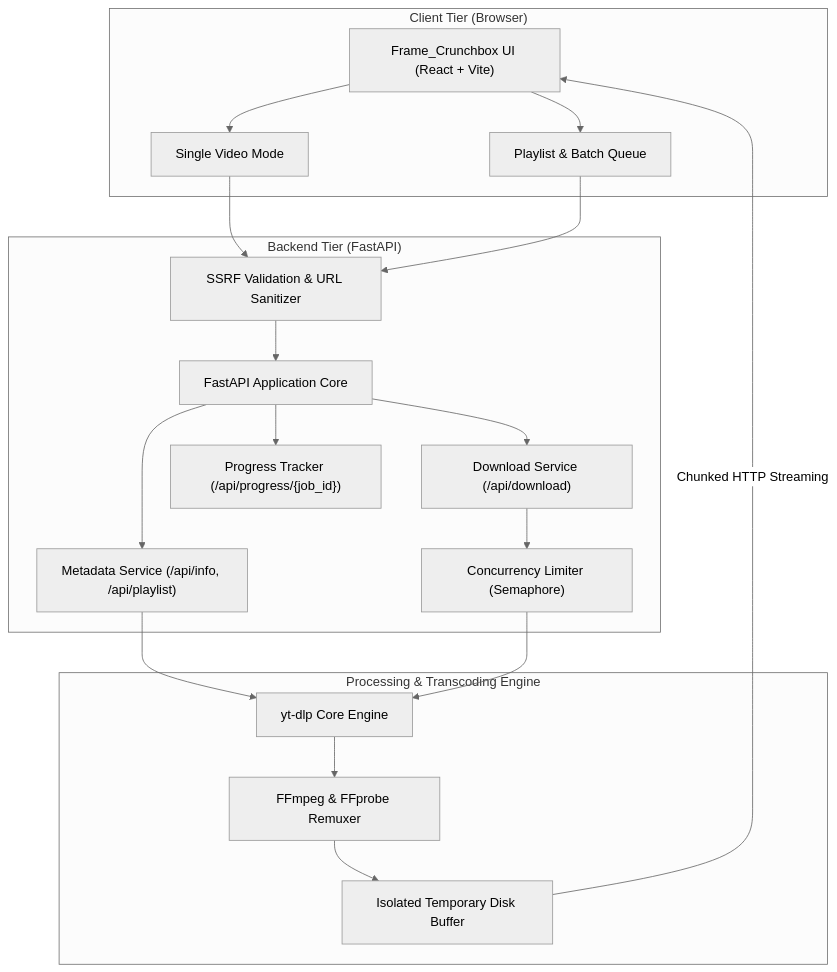
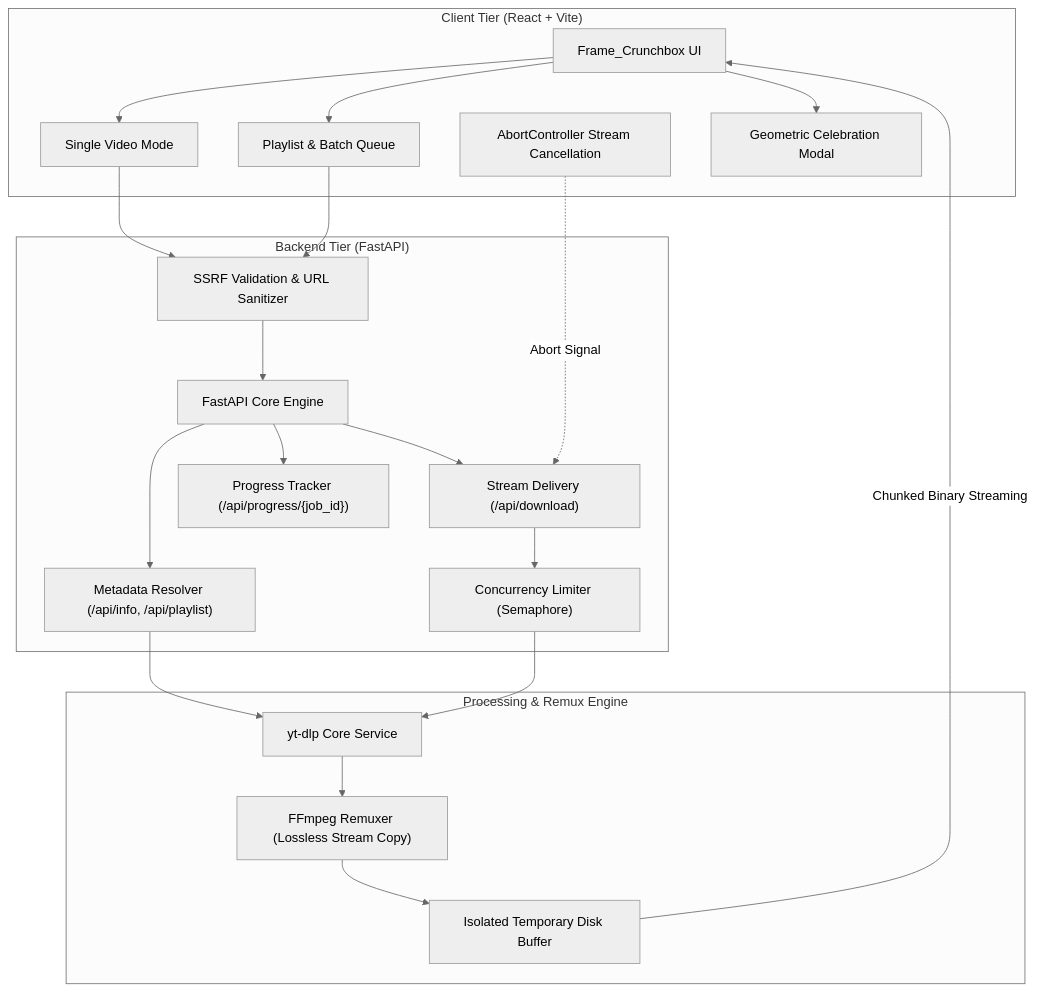
The first of 2 diagrams in README.md (ayushshaury/Frame-Crunchbox), drawn with Mermaid (neutral theme) before and after one commit. The commit also changed other lines of this file and 2 other files, not shown here.

````diff
--- a/README.md
+++ b/README.md
@@ -9,38 +9,42 @@
 ```mermaid
 graph TD
-    subgraph Client["Client Tier (Browser)"]
-        UI["Frame_Crunchbox UI (React + Vite)"]
+    subgraph Client["Client Tier (React + Vite)"]
+        UI["Frame_Crunchbox UI"]
         SV["Single Video Mode"]
         PQ["Playlist & Batch Queue"]
+        Cancel["AbortController Stream Cancellation"]
+        Modal["Geometric Celebration Modal"]
     end
 
     subgraph Server["Backend Tier (FastAPI)"]
         Security["SSRF Validation & URL Sanitizer"]
-        API["FastAPI Application Core"]
-        InfoRoute["Metadata Service (/api/info, /api/playlist)"]
-        DLRoute["Download Service (/api/download)"]
+        API["FastAPI Core Engine"]
+        InfoRoute["Metadata Resolver (/api/info, /api/playlist)"]
+        DLRoute["Stream Delivery (/api/download)"]
         ProgRoute["Progress Tracker (/api/progress/{job_id})"]
-        Semaphore["Concurrency Limiter (Semaphore)"]
+        Limiter["Concurrency Limiter (Semaphore)"]
     end
 
-    subgraph Processing["Processing & Transcoding Engine"]
-        YTDLP["yt-dlp Core Engine"]
-        FFMPEG["FFmpeg & FFprobe Remuxer"]
+    subgraph Engine["Processing & Remux Engine"]
+        YTDLP["yt-dlp Core Service"]
+        FFMPEG["FFmpeg Remuxer (Lossless Stream Copy)"]
         TempDisk["Isolated Temporary Disk Buffer"]
     end
 
     UI --> SV
     UI --> PQ
     SV --> Security
     PQ --> Security
     Security --> API
     API --> InfoRoute
     API --> DLRoute
     API --> ProgRoute
     InfoRoute --> YTDLP
-    DLRoute --> Semaphore
-    Semaphore --> YTDLP
+    DLRoute --> Limiter
+    Limiter --> YTDLP
     YTDLP --> FFMPEG
     FFMPEG --> TempDisk
-    TempDisk -->|Chunked HTTP Streaming| UI
+    TempDisk -->|Chunked Binary Streaming| UI
+    Cancel -.->|Abort Signal| DLRoute
+    UI --> Modal
 ```
````
